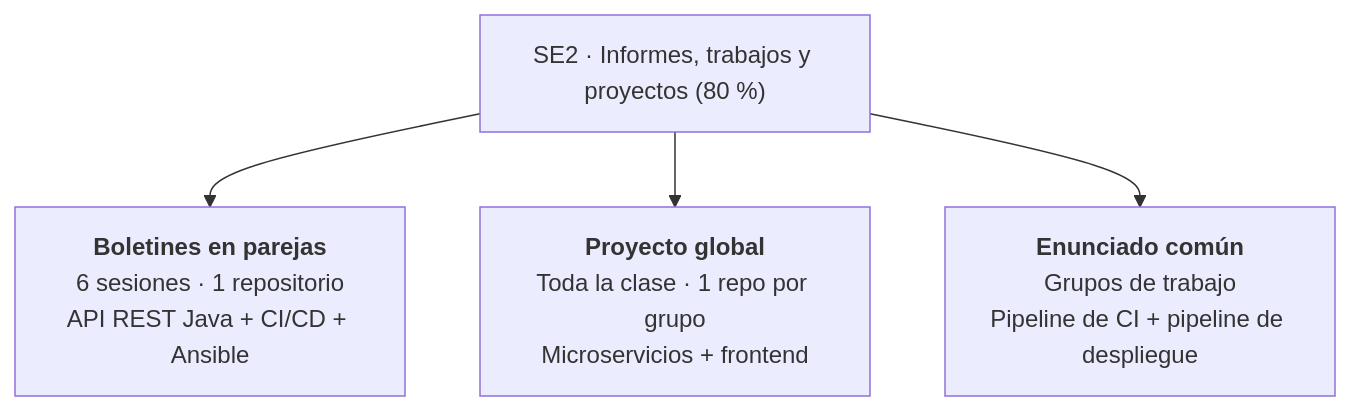
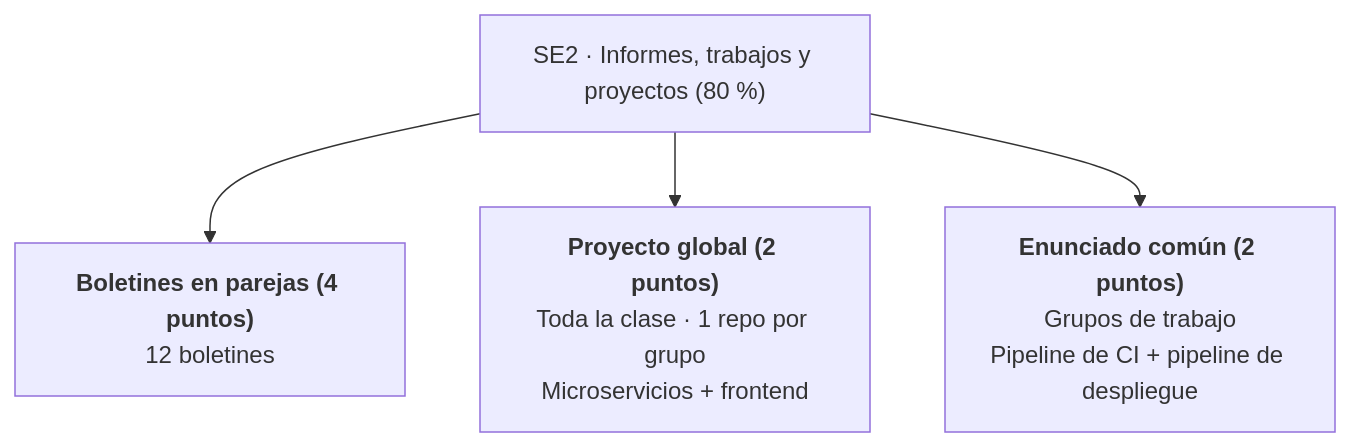
Before and after one commit to practicas-continuas-umu/apuntes: the second of 6 diagrams in content/practicas/boletin0-guia-del-curso.md, drawn with Mermaid. The commit also changed other lines of this file, not shown here.

````diff
--- a/content/practicas/boletin0-guia-del-curso.md
+++ b/content/practicas/boletin0-guia-del-curso.md
@@ -45,7 +45,7 @@
 ```mermaid
 flowchart TD
     SE2["SE2 · Informes, trabajos y proyectos (80 %)"]
-    SE2 --> A["<b>Boletines en parejas</b><br/>6 sesiones · 1 repositorio<br/>API REST Java + CI/CD + Ansible"]
-    SE2 --> B["<b>Proyecto global</b><br/>Toda la clase · 1 repo por grupo<br/>Microservicios + frontend"]
-    SE2 --> C["<b>Enunciado común</b><br/>Grupos de trabajo<br/>Pipeline de CI + pipeline de despliegue"]
+    SE2 --> A["<b>Boletines en parejas (4 puntos)</b><br/>12 boletines"]
+    SE2 --> B["<b>Proyecto global (2 puntos)</b><br/>Toda la clase · 1 repo por grupo<br/>Microservicios + frontend"]
+    SE2 --> C["<b>Enunciado común (2 puntos)</b><br/>Grupos de trabajo<br/>Pipeline de CI + pipeline de despliegue"]
 ```
````
